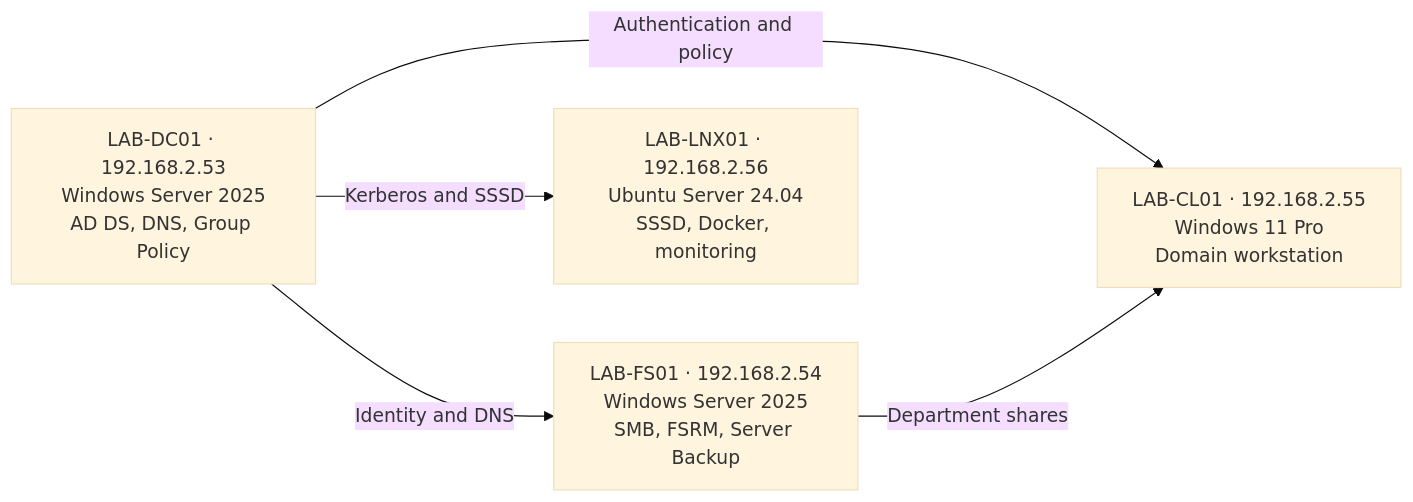
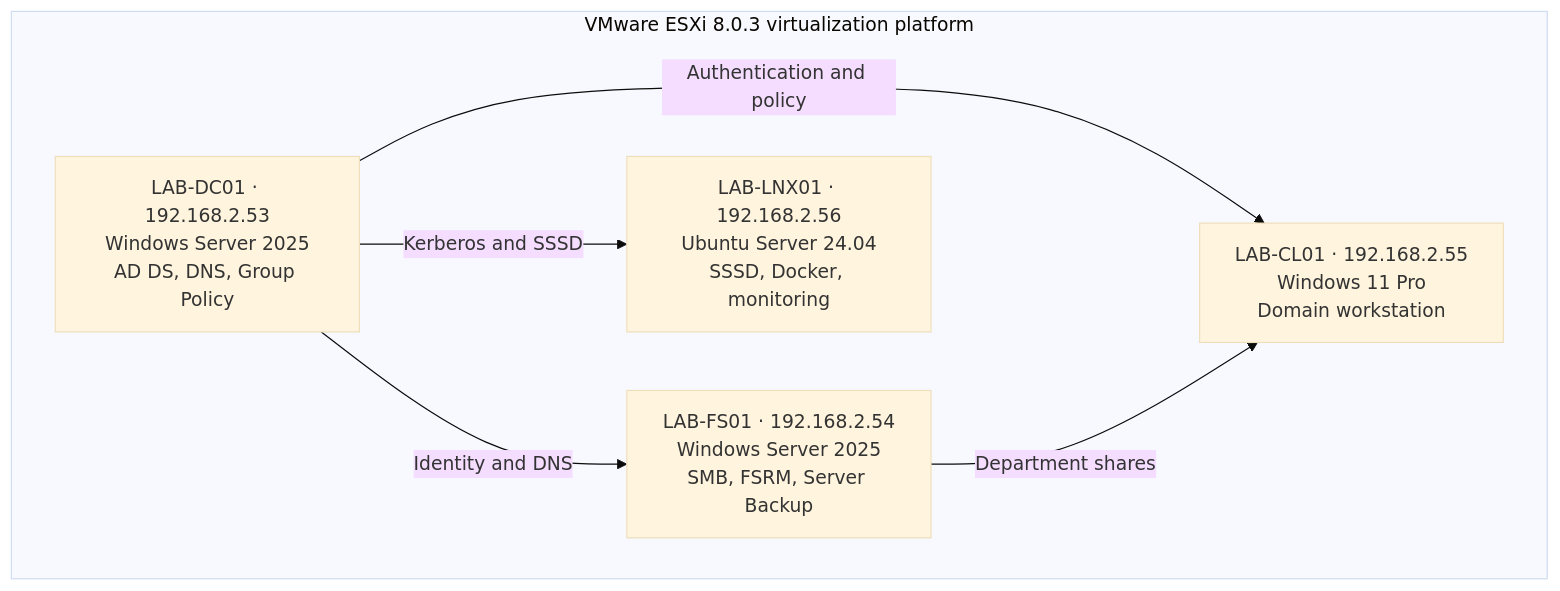
Before and after one commit to apelpapa/ABELLAB-Infrastructure-Lab: the first of 2 diagrams in README.md, drawn with Mermaid (base theme). The commit also changed other lines of this file and 1 other file, not shown here.

Commit message:
Identify ESXi platform generically

````diff
--- a/README.md
+++ b/README.md
@@ -23,12 +23,15 @@
 ```mermaid
 flowchart LR
-    DC["LAB-DC01 · 192.168.2.53<br/>Windows Server 2025<br/>AD DS, DNS, Group Policy"]
-    FS["LAB-FS01 · 192.168.2.54<br/>Windows Server 2025<br/>SMB, FSRM, Server Backup"]
-    CL["LAB-CL01 · 192.168.2.55<br/>Windows 11 Pro<br/>Domain workstation"]
-    LN["LAB-LNX01 · 192.168.2.56<br/>Ubuntu Server 24.04<br/>SSSD, Docker, monitoring"]
+    subgraph ESXI["VMware ESXi 8.0.3 virtualization platform"]
+        direction LR
+        DC["LAB-DC01 · 192.168.2.53<br/>Windows Server 2025<br/>AD DS, DNS, Group Policy"]
+        FS["LAB-FS01 · 192.168.2.54<br/>Windows Server 2025<br/>SMB, FSRM, Server Backup"]
+        CL["LAB-CL01 · 192.168.2.55<br/>Windows 11 Pro<br/>Domain workstation"]
+        LN["LAB-LNX01 · 192.168.2.56<br/>Ubuntu Server 24.04<br/>SSSD, Docker, monitoring"]
 
-    DC -->|"Identity and DNS"| FS
-    DC -->|"Authentication and policy"| CL
-    DC -->|"Kerberos and SSSD"| LN
-    FS -->|"Department shares"| CL
+        DC -->|"Identity and DNS"| FS
+        DC -->|"Authentication and policy"| CL
+        DC -->|"Kerberos and SSSD"| LN
+        FS -->|"Department shares"| CL
+    end
 ```
````
